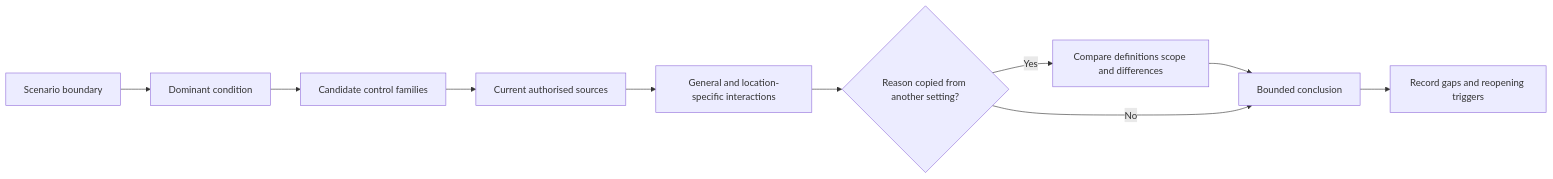
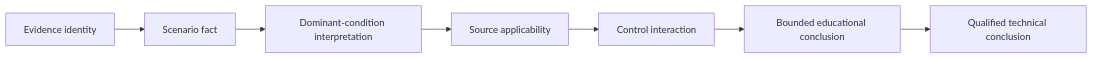
The second of 2 diagrams in docs/learning-plans/12-week/modules/day-52-other-special-installations-and-location-specific-controls.md (andrew3stedall/capstone), drawn with Mermaid before and after one commit. The commit also changed other lines of this file and 3 other files, not shown here.

````diff
--- a/docs/learning-plans/12-week/modules/day-52-other-special-installations-and-location-specific-controls.md
+++ b/docs/learning-plans/12-week/modules/day-52-other-special-installations-and-location-specific-controls.md
@@ -66,12 +124,9 @@
 ```mermaid
 flowchart LR
-  A[Scenario boundary] --> B[Dominant condition]
-  B --> C[Candidate control families]
-  C --> D[Current authorised sources]
-  D --> E[General and location-specific interactions]
-  E --> F{Reason copied from another setting?}
-  F -->|Yes| G[Compare definitions scope and differences]
-  G --> H[Bounded conclusion]
-  F -->|No| H
-  H --> I[Record gaps and reopening triggers]
+  A[Evidence identity] --> B[Scenario fact]
+  B --> C[Dominant-condition interpretation]
+  C --> D[Source applicability]
+  D --> E[Control interaction]
+  E --> F[Bounded educational conclusion]
+  F --> G[Qualified technical conclusion]
 ```
````
